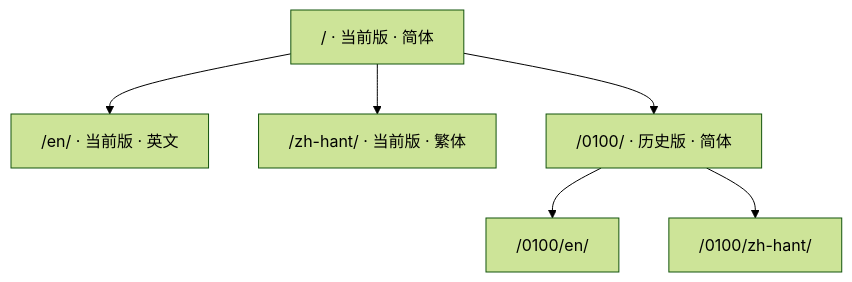
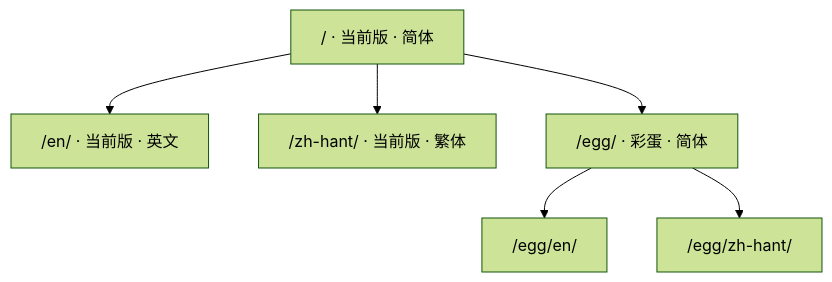
The diagram in content/about/index.zh-hans.md (rwr-infra/rwr-mapbook), drawn with Mermaid (forest theme) before and after one commit. The commit also changed 523 other files, not shown here.

````diff
--- a/content/about/index.zh-hans.md
+++ b/content/about/index.zh-hans.md
@@ -33,8 +33,8 @@
 ```mermaid
 graph TD
   A["/ · 当前版 · 简体"] --> B["/en/ · 当前版 · 英文"]
   A --> C["/zh-hant/ · 当前版 · 繁体"]
-  A --> D["/0100/ · 历史版 · 简体"]
-  D --> E["/0100/en/"]
-  D --> F["/0100/zh-hant/"]
+  A --> D["/egg/ · 彩蛋 · 简体"]
+  D --> E["/egg/en/"]
+  D --> F["/egg/zh-hant/"]
 ```
````
